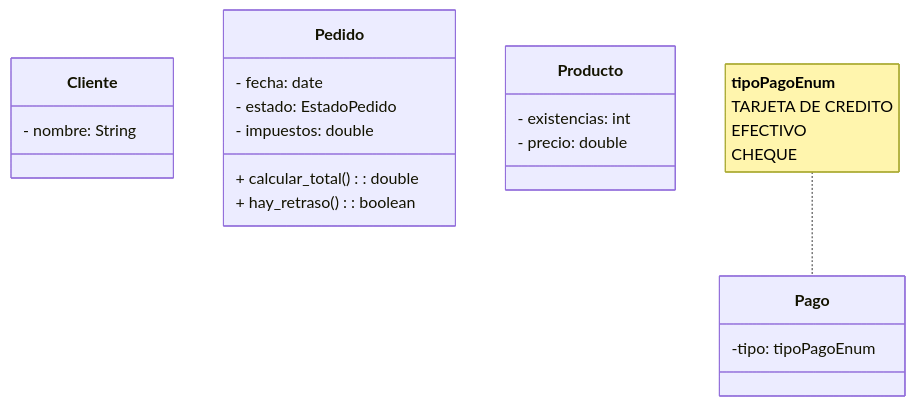
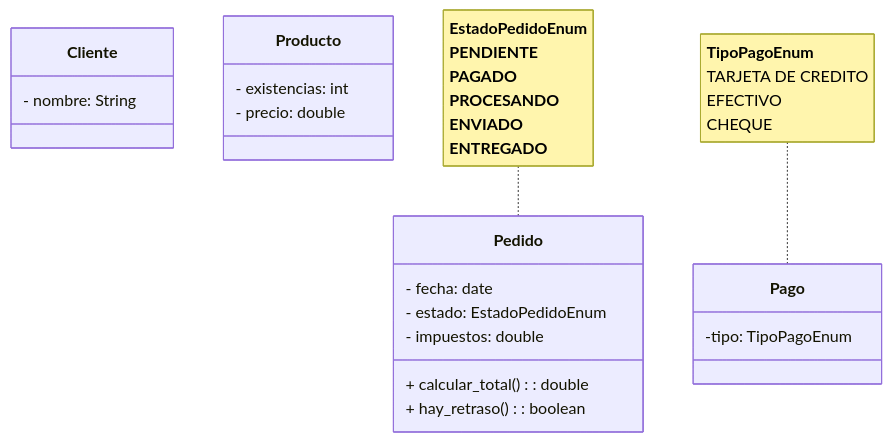
The diagram in gestion_pedidos.mmd (SirAivan/CD_Tema2_Ejercicios), drawn with Mermaid before and after one commit. The commit also changed 2 other files, not shown here.

```diff
--- a/gestion_pedidos.mmd
+++ b/gestion_pedidos.mmd
@@ -1,23 +1,24 @@
 classDiagram
 
  class Cliente{
     - nombre: String
  }
 
+note for Pedido "<strong> EstadoPedidoEnum <strong> <br> PENDIENTE <br> PAGADO <br> PROCESANDO <br> ENVIADO <br> ENTREGADO"
  class Pedido{
     - fecha: date
-    - estado: EstadoPedido
+    - estado: EstadoPedidoEnum
     - impuestos: double
     + calcular_total (): double
     + hay_retraso (): boolean
  }
 
  class Producto{
     - existencias: int
     - precio: double
  }
 
-note for Pago "<strong> tipoPagoEnum </strong> <br> TARJETA DE CREDITO <br> EFECTIVO <br> CHEQUE"
+note for Pago "<strong> TipoPagoEnum </strong> <br> TARJETA DE CREDITO <br> EFECTIVO <br> CHEQUE"
  class Pago{
-    -tipo: tipoPagoEnum
+    -tipo: TipoPagoEnum
  }
```
